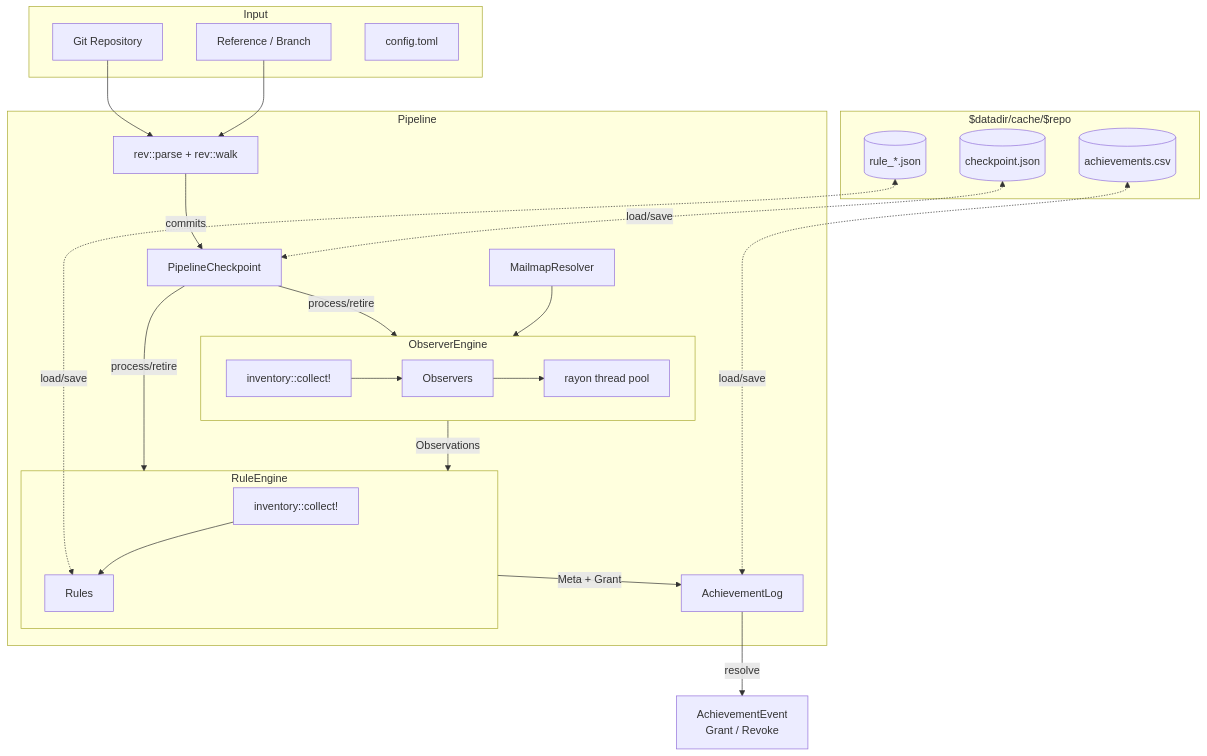
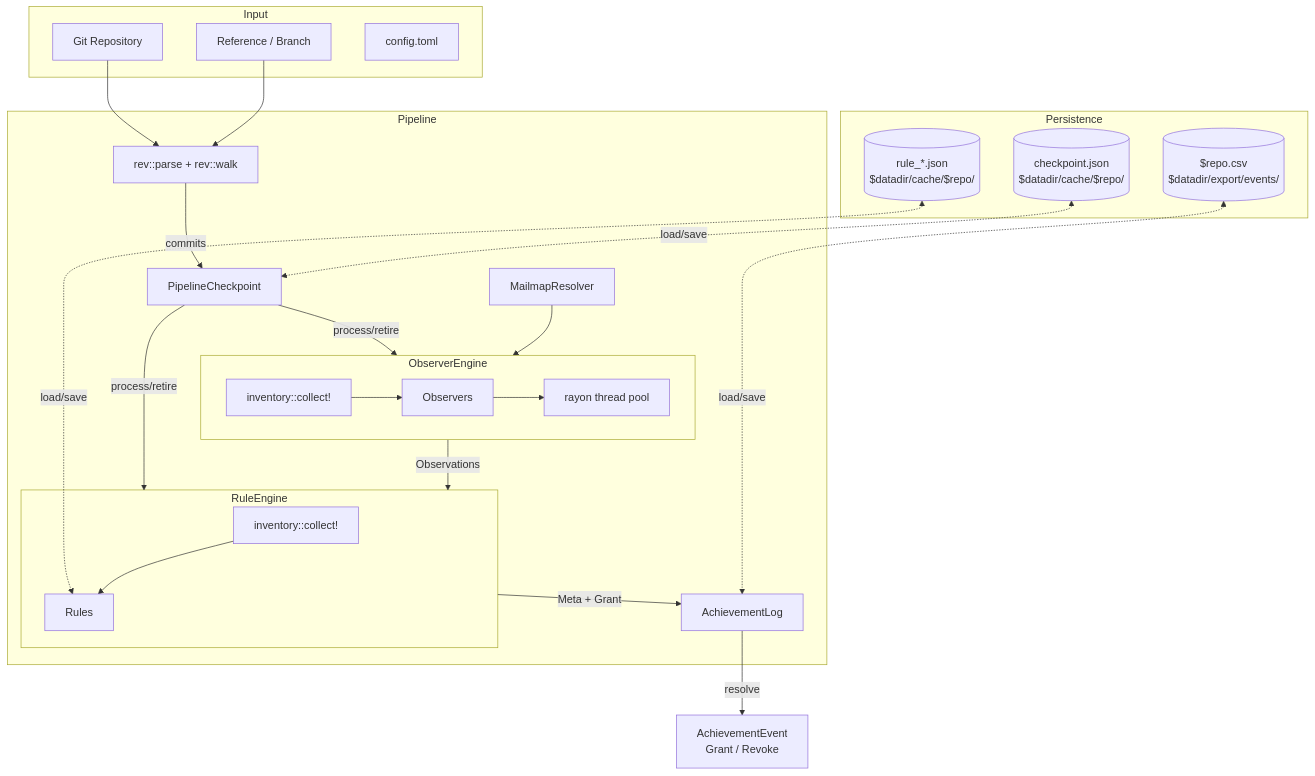
The diagram in ARCHITECTURE.md (Notgnoshi/herostratus), drawn with Mermaid before and after one commit. The commit also changed 3 other files, not shown here.

Commit message:
Change persistence path for achievement events

````diff
--- a/ARCHITECTURE.md
+++ b/ARCHITECTURE.md
@@ -50,54 +50,54 @@
 ```mermaid
 graph TD
     subgraph input[Input]
         repo[Git Repository]
         ref[Reference / Branch]
         config_toml[config.toml]
     end
 
-    subgraph persistence[$datadir/cache/$repo]
-        checkpoint_json[(checkpoint.json)]
-        rule_cache[(rule_*.json)]
-        achievements_csv[(achievements.csv)]
+    subgraph persistence[Persistence]
+        checkpoint_json[("checkpoint.json<br/>$datadir/cache/$repo/")]
+        rule_cache[("rule_*.json<br/>$datadir/cache/$repo/")]
+        achievements_csv[("$repo.csv<br/>$datadir/export/events/")]
     end
 
     subgraph pipeline[Pipeline]
         rev[rev::parse + rev::walk]
         checkpoint[PipelineCheckpoint]
         mailmap[MailmapResolver]
         achievement_log[AchievementLog]
 
         subgraph observer_engine[ObserverEngine]
             observer_inventory[inventory::collect!]
             observers[Observers]
             rayon[rayon thread pool]
         end
 
         subgraph rule_engine[RuleEngine]
             rule_inventory[inventory::collect!]
             rules[Rules]
         end
     end
 
     repo --> rev
     ref --> rev
     rev --> |commits| checkpoint
 
     checkpoint_json <-.-> |load/save| checkpoint
     rule_cache <-.-> |load/save| rules
     achievements_csv <-.-> |load/save| achievement_log
 
     checkpoint --> |process/retire| observer_engine
     checkpoint --> |process/retire| rule_engine
 
     mailmap --> observer_engine
     observer_engine --> |Observations| rule_engine
     observer_inventory --> observers
     observers --> rayon
 
     rule_inventory --> rules
     rule_engine --> |Meta + Grant| achievement_log
     achievement_log --> |resolve| events
 
     events[AchievementEvent<br>Grant / Revoke]
 ```
````
